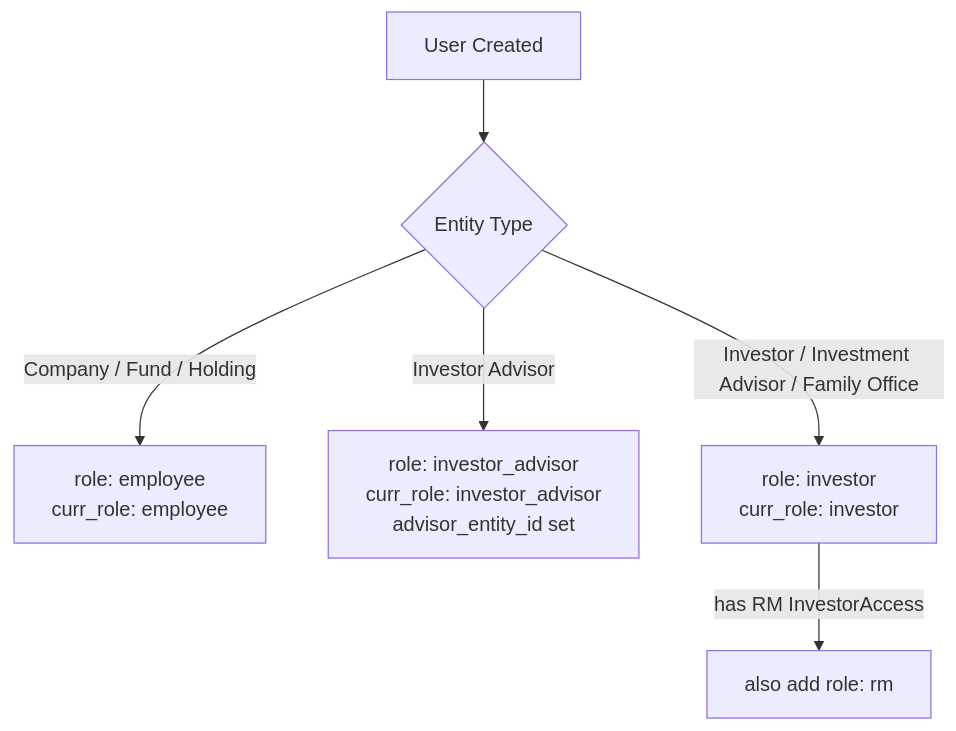
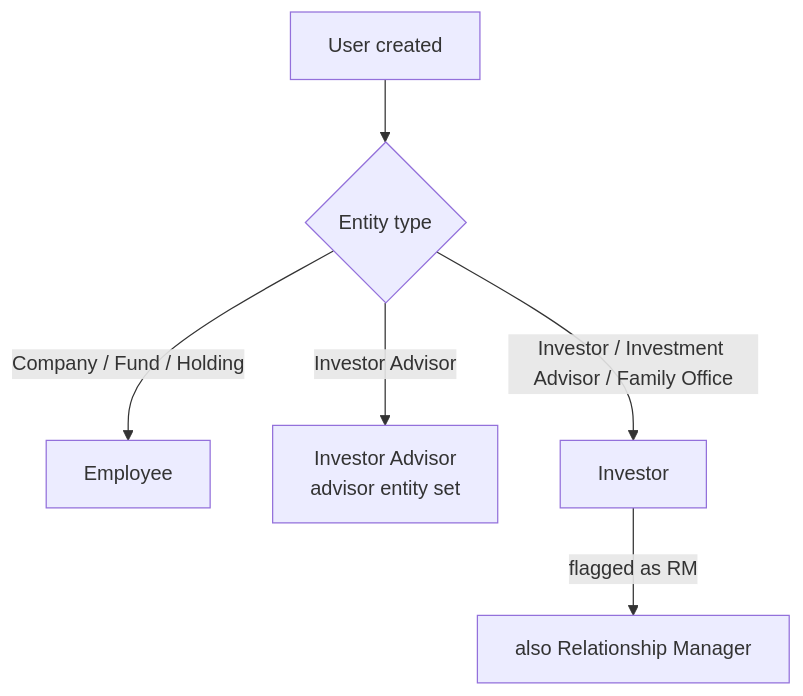
Before and after one commit to sampadadiwan/IRM_CompanyMain: the second of 4 diagrams in docs/user_guides/user_role_management_user_guide.md, drawn with Mermaid. The commit also changed other lines of this file and 21 other files, not shown here.

````diff
--- a/docs/user_guides/user_role_management_user_guide.md
+++ b/docs/user_guides/user_role_management_user_guide.md
@@ -77,8 +77,8 @@
 ```mermaid
 flowchart TD
-    A[User Created] --> B{Entity Type}
-    B -- Company / Fund / Holding --> C[role: employee\ncurr_role: employee]
-    B -- Investor Advisor --> D[role: investor_advisor\ncurr_role: investor_advisor\nadvisor_entity_id set]
-    B -- Investor / Investment Advisor / Family Office --> E[role: investor\ncurr_role: investor]
-    E -- has RM InvestorAccess --> F[also add role: rm]
+    A[User created] --> B{Entity type}
+    B -->|Company / Fund / Holding| C[Employee]
+    B -->|Investor Advisor| D[Investor Advisor<br/>advisor entity set]
+    B -->|Investor / Investment Advisor / Family Office| E[Investor]
+    E -->|flagged as RM| F[also Relationship Manager]
 ```
````
